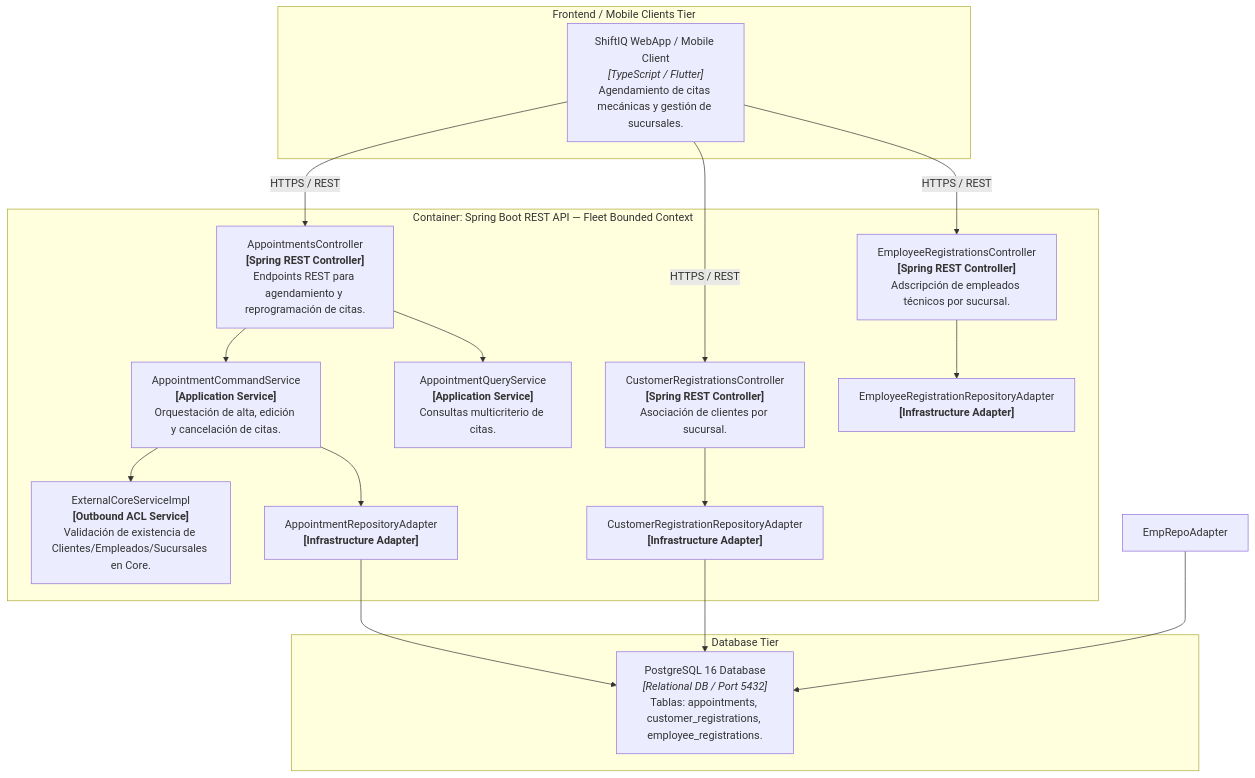
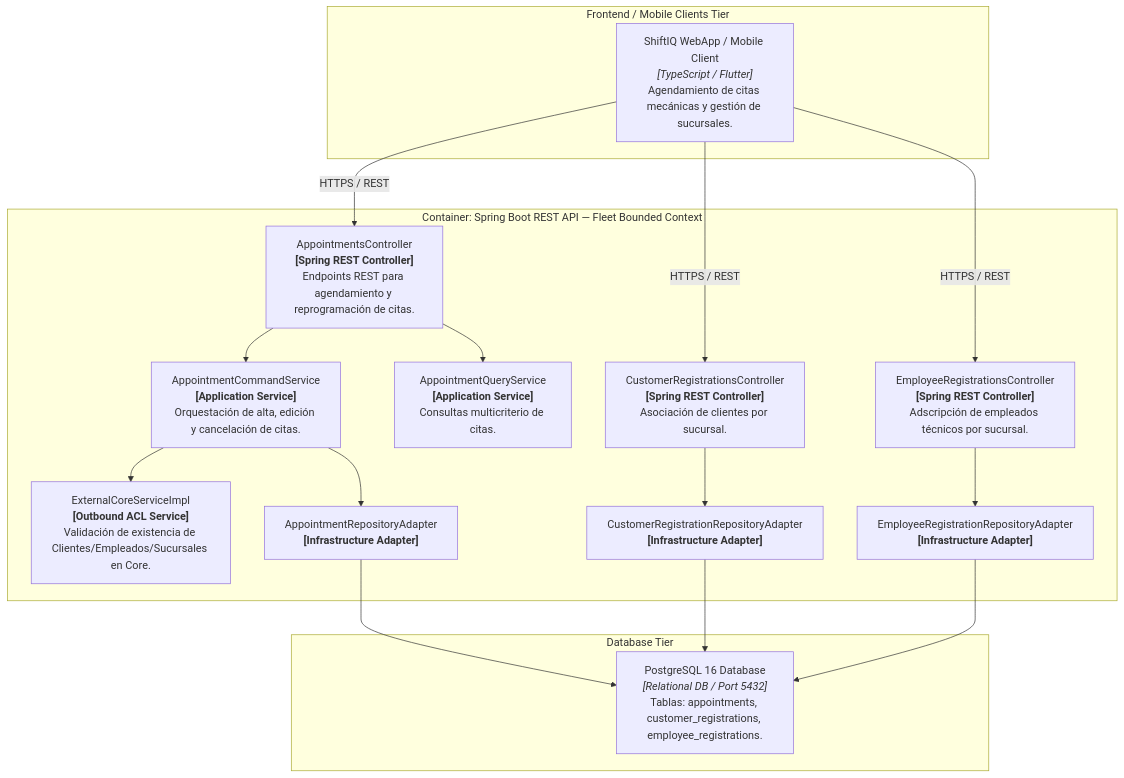
The fifth of 7 diagrams in docs/fleet-bounded-context-dictionary.md (tux-logic/shiftiq-platform), drawn with Mermaid before and after one commit. The commit also changed other lines of this file, not shown here.

Commit message:
docs(fleet): align domain aggregate signatures, query services, endpoints, and UML diagrams with Java codebas.

````diff
--- a/docs/fleet-bounded-context-dictionary.md
+++ b/docs/fleet-bounded-context-dictionary.md
@@ -417,41 +417,41 @@
 ```mermaid
 graph TB
     subgraph Client_Tier ["Frontend / Mobile Clients Tier"]
         ClientApp["ShiftIQ WebApp / Mobile Client<br><i>[TypeScript / Flutter]</i><br>Agendamiento de citas mecánicas y gestión de sucursales."]
     end
 
     subgraph External_DB ["Database Tier"]
         PostgreSql["PostgreSQL 16 Database<br><i>[Relational DB / Port 5432]</i><br>Tablas: appointments, customer_registrations, employee_registrations."]
     end
 
     subgraph Fleet_Container ["Container: Spring Boot REST API — Fleet Bounded Context"]
         ApptCtrl["AppointmentsController<br><b>[Spring REST Controller]</b><br>Endpoints REST para agendamiento y reprogramación de citas."]
         CustRegCtrl["CustomerRegistrationsController<br><b>[Spring REST Controller]</b><br>Asociación de clientes por sucursal."]
         EmpRegCtrl["EmployeeRegistrationsController<br><b>[Spring REST Controller]</b><br>Adscripción de empleados técnicos por sucursal."]
 
         ApptCmdService["AppointmentCommandService<br><b>[Application Service]</b><br>Orquestación de alta, edición y cancelación de citas."]
         ApptQueryService["AppointmentQueryService<br><b>[Application Service]</b><br>Consultas multicriterio de citas."]
 
         CoreACL["ExternalCoreServiceImpl<br><b>[Outbound ACL Service]</b><br>Validación de existencia de Clientes/Empleados/Sucursales en Core."]
 
         ApptRepoAdapter["AppointmentRepositoryAdapter<br><b>[Infrastructure Adapter]</b>"]
         CustRegRepoAdapter["CustomerRegistrationRepositoryAdapter<br><b>[Infrastructure Adapter]</b>"]
         EmpRegRepoAdapter["EmployeeRegistrationRepositoryAdapter<br><b>[Infrastructure Adapter]</b>"]
     end
 
     ClientApp -->|"HTTPS / REST"| ApptCtrl
     ClientApp -->|"HTTPS / REST"| CustRegCtrl
     ClientApp -->|"HTTPS / REST"| EmpRegCtrl
 
     ApptCtrl --> ApptCmdService
     ApptCtrl --> ApptQueryService
 
     ApptCmdService --> CoreACL
     ApptCmdService --> ApptRepoAdapter
     CustRegCtrl --> CustRegRepoAdapter
     EmpRegCtrl --> EmpRegRepoAdapter
 
     ApptRepoAdapter --> PostgreSql
     CustRegRepoAdapter --> PostgreSql
-    EmpRepoAdapter --> PostgreSql
+    EmpRegRepoAdapter --> PostgreSql
 ```
````
